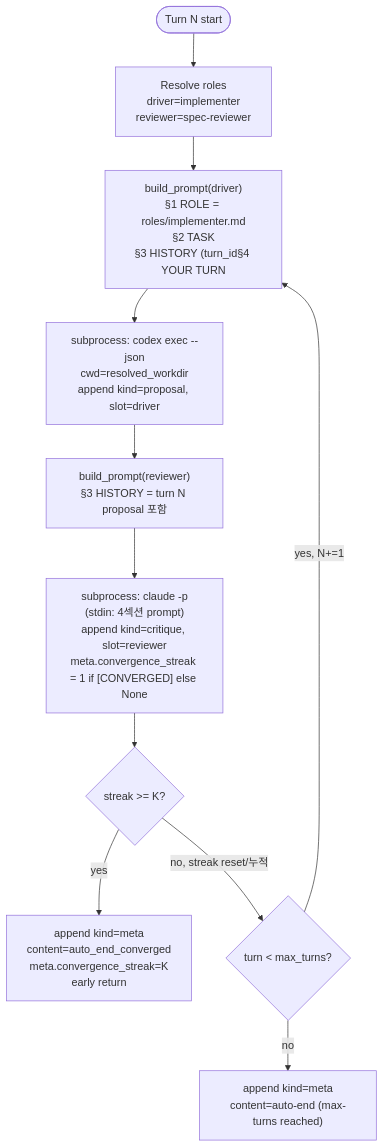
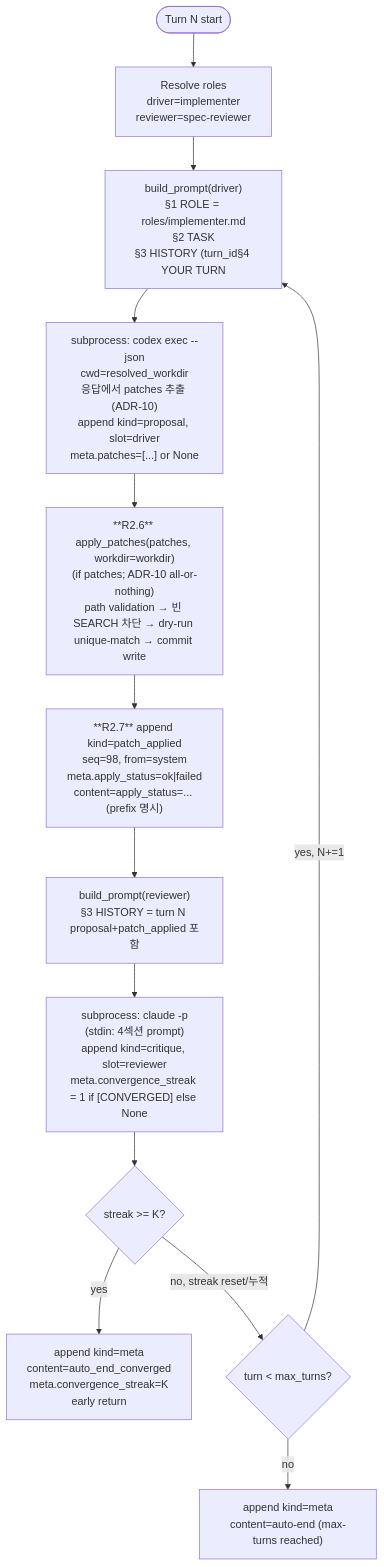
The diagram in docs/runtime-docs/systems/run-mode.md (shinjw4929/Dialectic-CLI), drawn with Mermaid before and after one commit. The commit also changed other lines of this file and 8 other files, not shown here.

First line of the commit message:
Sync systems narratives for ADR-10 patch_apply

````diff
--- a/docs/runtime-docs/systems/run-mode.md
+++ b/docs/runtime-docs/systems/run-mode.md
@@ -27,19 +27,21 @@
 ```mermaid
 flowchart TD
     Start(["Turn N start"])
     R0["Resolve roles<br/>driver=implementer<br/>reviewer=spec-reviewer"]
     R1["build_prompt(driver)<br/>§1 ROLE = roles/implementer.md<br/>§2 TASK<br/>§3 HISTORY (turn_id<N)<br/>§4 YOUR TURN"]
-    R2["subprocess: codex exec --json<br/>cwd=resolved_workdir<br/>append kind=proposal, slot=driver"]
-    R3["build_prompt(reviewer)<br/>§3 HISTORY = turn N proposal 포함"]
+    R2["subprocess: codex exec --json<br/>cwd=resolved_workdir<br/>응답에서 patches 추출 (ADR-10)<br/>append kind=proposal, slot=driver<br/>meta.patches=[...] or None"]
+    R26["**R2.6** apply_patches(patches, workdir=workdir)<br/>(if patches; ADR-10 all-or-nothing)<br/>path validation → 빈 SEARCH 차단 → dry-run unique-match → commit write"]
+    R27["**R2.7** append kind=patch_applied<br/>seq=98, from=system<br/>meta.apply_status=ok|failed<br/>content=apply_status=... (prefix 명시)"]
+    R3["build_prompt(reviewer)<br/>§3 HISTORY = turn N proposal+patch_applied 포함"]
     R4["subprocess: claude -p<br/>(stdin: 4섹션 prompt)<br/>append kind=critique, slot=reviewer<br/>meta.convergence_streak = 1 if [CONVERGED] else None"]
     R5{"streak >= K?"}
     R6["append kind=meta<br/>content=auto_end_converged<br/>meta.convergence_streak=K<br/>early return"]
     R7{"turn < max_turns?"}
     R8["append kind=meta<br/>content=auto-end (max-turns reached)"]
 
-    Start --> R0 --> R1 --> R2 --> R3 --> R4 --> R5
+    Start --> R0 --> R1 --> R2 --> R26 --> R27 --> R3 --> R4 --> R5
     R5 -- yes --> R6
     R5 -- no, streak reset/누적 --> R7
     R7 -- yes, N+=1 --> R1
     R7 -- no --> R8
 ```
````
